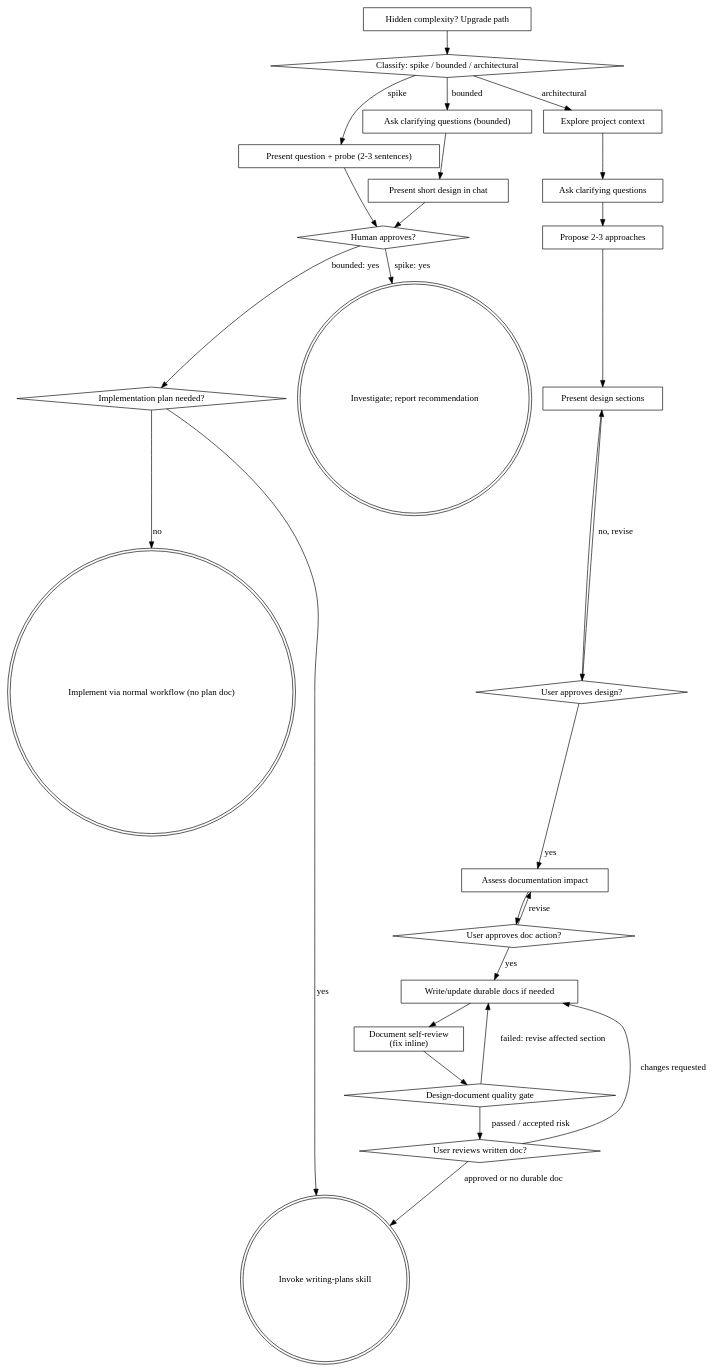
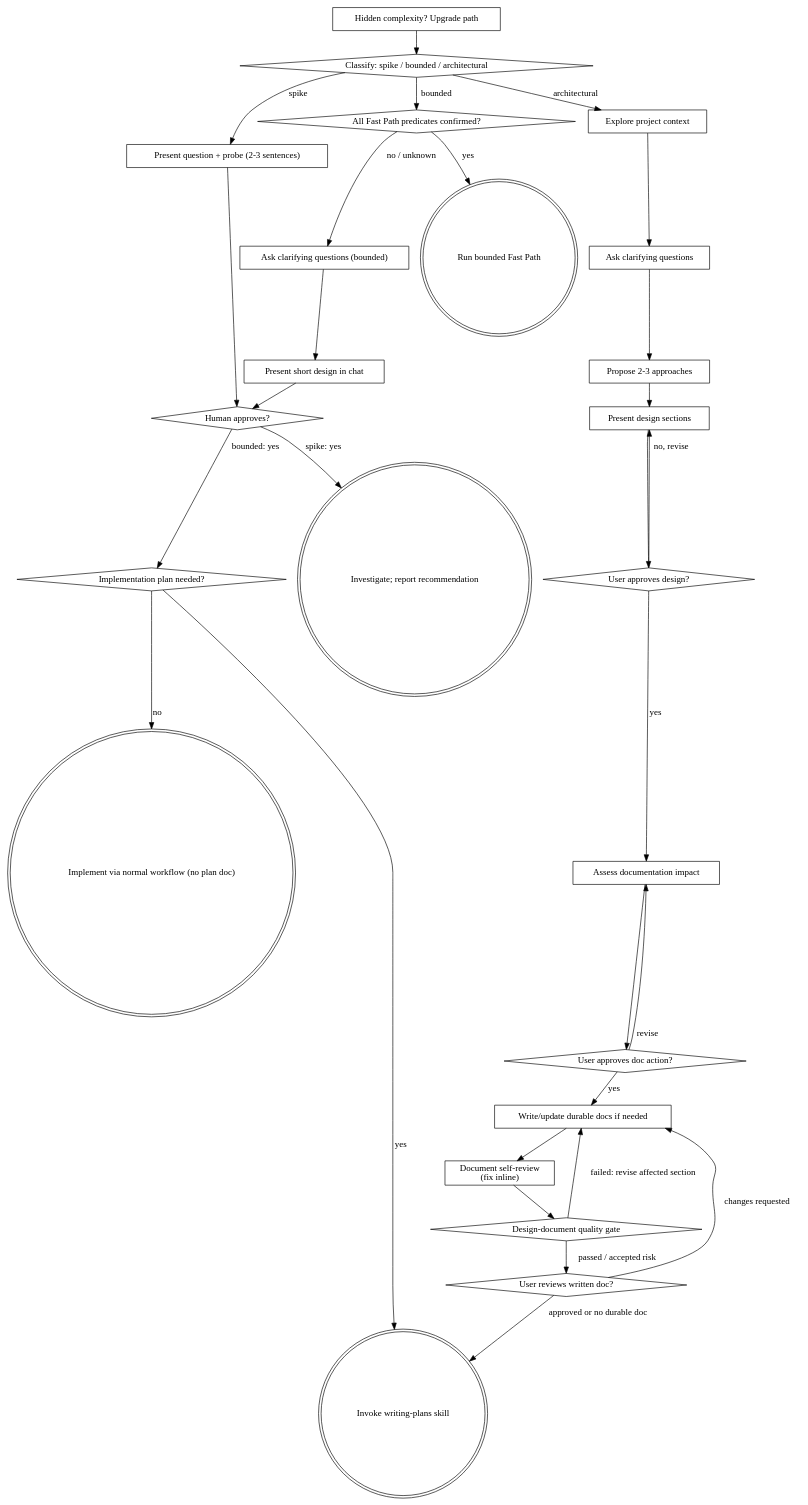
Before and after one commit to sonsu-lee/sonsu-marketplace: the diagram in plugins/engineering/skills/brainstorming/SKILL.md, drawn with Graphviz. The commit also changed other lines of this file and 24 other files, not shown here.

Commit message:
feat(engineering): add fast path and red-team gates

````diff
--- a/plugins/engineering/skills/brainstorming/SKILL.md
+++ b/plugins/engineering/skills/brainstorming/SKILL.md
@@ -99,52 +133,56 @@
 ```dot
 digraph brainstorming {
     "Classify: spike / bounded / architectural" [shape=diamond];
     "Present question + probe (2-3 sentences)" [shape=box];
     "Ask clarifying questions (bounded)" [shape=box];
+    "All Fast Path predicates confirmed?" [shape=diamond];
+    "Run bounded Fast Path" [shape=doublecircle];
     "Present short design in chat" [shape=box];
     "Human approves?" [shape=diamond];
     "Implementation plan needed?" [shape=diamond];
     "Investigate; report recommendation" [shape=doublecircle];
     "Implement via normal workflow (no plan doc)" [shape=doublecircle];
     "Explore project context" [shape=box];
     "Ask clarifying questions" [shape=box];
     "Propose 2-3 approaches" [shape=box];
     "Present design sections" [shape=box];
     "User approves design?" [shape=diamond];
     "Assess documentation impact" [shape=box];
     "User approves doc action?" [shape=diamond];
     "Write/update durable docs if needed" [shape=box];
     "Document self-review\n(fix inline)" [shape=box];
     "Design-document quality gate" [shape=diamond];
     "User reviews written doc?" [shape=diamond];
     "Invoke writing-plans skill" [shape=doublecircle];
     "Hidden complexity? Upgrade path" [shape=box];
 
     "Classify: spike / bounded / architectural" -> "Present question + probe (2-3 sentences)" [label="spike"];
-    "Classify: spike / bounded / architectural" -> "Ask clarifying questions (bounded)" [label="bounded"];
+    "Classify: spike / bounded / architectural" -> "All Fast Path predicates confirmed?" [label="bounded"];
+    "All Fast Path predicates confirmed?" -> "Run bounded Fast Path" [label="yes"];
+    "All Fast Path predicates confirmed?" -> "Ask clarifying questions (bounded)" [label="no / unknown"];
     "Classify: spike / bounded / architectural" -> "Explore project context" [label="architectural"];
     "Present question + probe (2-3 sentences)" -> "Human approves?";
     "Ask clarifying questions (bounded)" -> "Present short design in chat";
     "Present short design in chat" -> "Human approves?";
     "Human approves?" -> "Investigate; report recommendation" [label="spike: yes"];
     "Human approves?" -> "Implementation plan needed?" [label="bounded: yes"];
     "Implementation plan needed?" -> "Invoke writing-plans skill" [label="yes"];
     "Implementation plan needed?" -> "Implement via normal workflow (no plan doc)" [label="no"];
     "Hidden complexity? Upgrade path" -> "Classify: spike / bounded / architectural";
     "Explore project context" -> "Ask clarifying questions";
     "Ask clarifying questions" -> "Propose 2-3 approaches";
     "Propose 2-3 approaches" -> "Present design sections";
     "Present design sections" -> "User approves design?";
     "User approves design?" -> "Present design sections" [label="no, revise"];
     "User approves design?" -> "Assess documentation impact" [label="yes"];
     "Assess documentation impact" -> "User approves doc action?";
     "User approves doc action?" -> "Assess documentation impact" [label="revise"];
     "User approves doc action?" -> "Write/update durable docs if needed" [label="yes"];
     "Write/update durable docs if needed" -> "Document self-review\n(fix inline)";
     "Document self-review\n(fix inline)" -> "Design-document quality gate";
     "Design-document quality gate" -> "Write/update durable docs if needed" [label="failed: revise affected section"];
     "Design-document quality gate" -> "User reviews written doc?" [label="passed / accepted risk"];
     "User reviews written doc?" -> "Write/update durable docs if needed" [label="changes requested"];
     "User reviews written doc?" -> "Invoke writing-plans skill" [label="approved or no durable doc"];
 }
 ```
````
